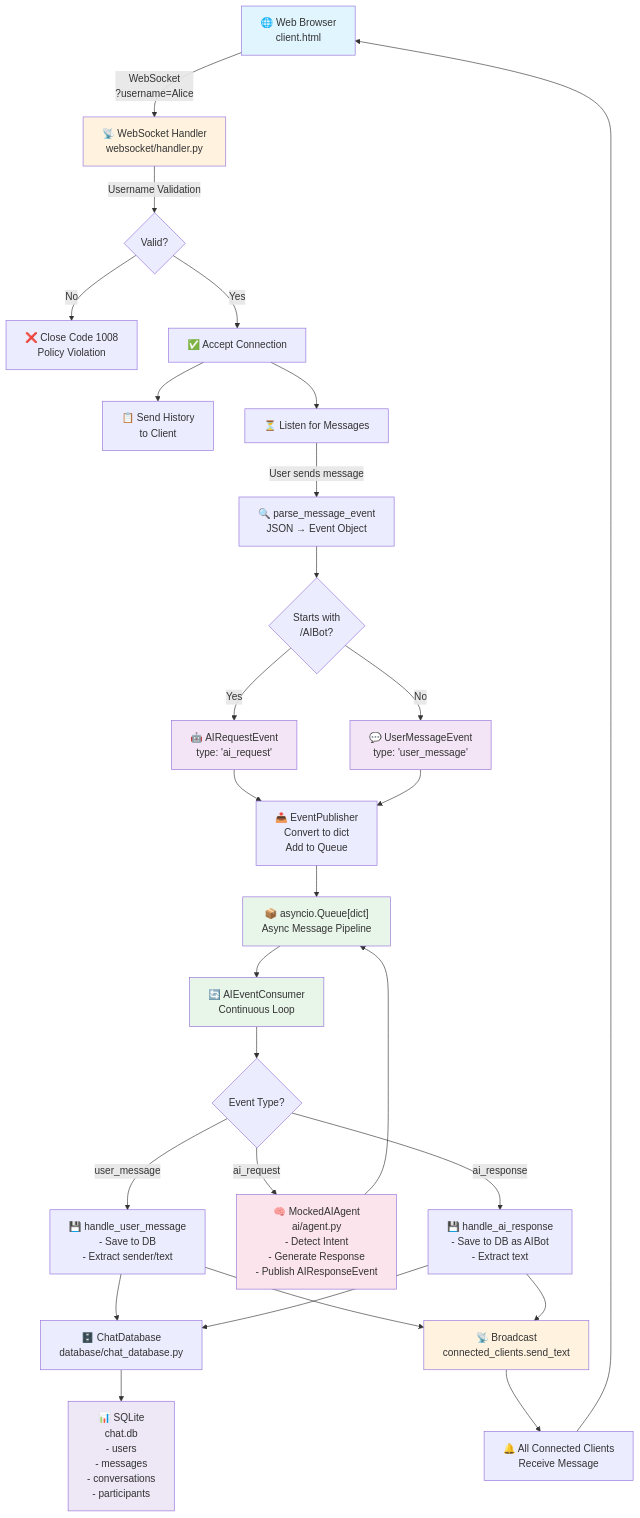
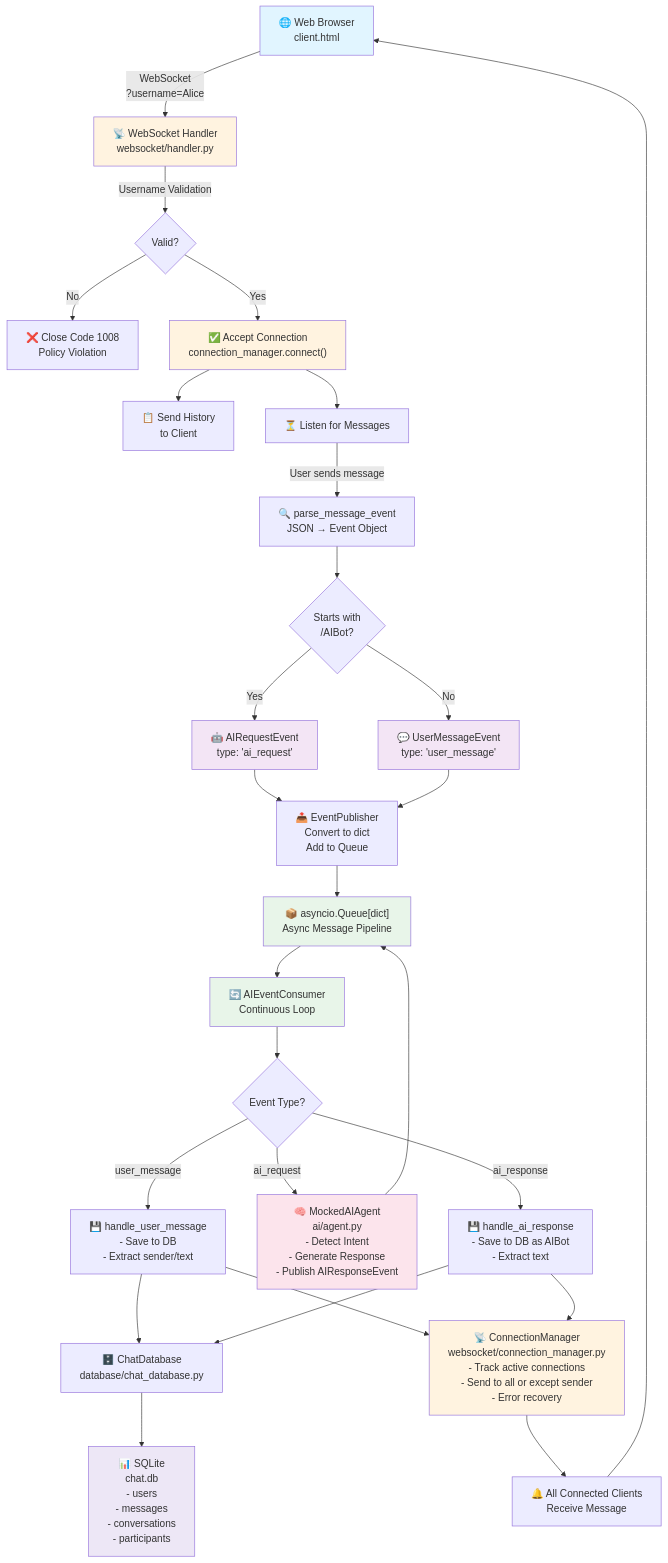
One commit to RogelioLozano/co-counsel-challenge changed the first of 2 diagrams in README.md. Above: the diagram before and after it, drawn with Mermaid. The commit also changed other lines of this file and 4 other files, not shown here.

Commit message:
Implement ConnectionManager for WebSocket lifecycle and broadcasting; refactor related components

````diff
--- a/README.md
+++ b/README.md
@@ -122,52 +124,53 @@
 ```mermaid
 graph TD
     A["🌐 Web Browser<br/>client.html"] -->|WebSocket<br/>?username=Alice| B["📡 WebSocket Handler<br/>websocket/handler.py"]
     
     B -->|Username Validation| C{"Valid?"}
     C -->|No| D["❌ Close Code 1008<br/>Policy Violation"]
-    C -->|Yes| E["✅ Accept Connection"]
+    C -->|Yes| E["✅ Accept Connection<br/>connection_manager.connect()"]
     
     E --> F["📋 Send History<br/>to Client"]
     E --> G["⏳ Listen for Messages"]
     
     G -->|User sends message| H["🔍 parse_message_event<br/>JSON → Event Object"]
     
     H --> I{"Starts with<br/>/AIBot?"}
     I -->|Yes| J["🤖 AIRequestEvent<br/>type: 'ai_request'"]
     I -->|No| K["💬 UserMessageEvent<br/>type: 'user_message'"]
     
     J --> L["📤 EventPublisher<br/>Convert to dict<br/>Add to Queue"]
     K --> L
     
     L --> M["📦 asyncio.Queue[dict]<br/>Async Message Pipeline"]
     
     M --> N["🔄 AIEventConsumer<br/>Continuous Loop"]
     
     N --> O{"Event Type?"}
     
     O -->|user_message| P["💾 handle_user_message<br/>- Save to DB<br/>- Extract sender/text"]
     O -->|ai_request| Q["🧠 MockedAIAgent<br/>ai/agent.py<br/>- Detect Intent<br/>- Generate Response<br/>- Publish AIResponseEvent"]
     O -->|ai_response| R["💾 handle_ai_response<br/>- Save to DB as AIBot<br/>- Extract text"]
     
     P --> S["🗄️ ChatDatabase<br/>database/chat_database.py"]
     Q --> M
     R --> S
     
     S --> T["📊 SQLite<br/>chat.db<br/>- users<br/>- messages<br/>- conversations<br/>- participants"]
     
-    P --> U["📡 Broadcast<br/>connected_clients.send_text"]
+    P --> U["📡 ConnectionManager<br/>Broadcast to all clients<br/>except sender"]
     R --> U
     
-    U --> V["🔔 All Connected Clients<br/>Receive Message"]
+    U["📡 ConnectionManager<br/>websocket/connection_manager.py<br/>- Track active connections<br/>- Send to all or except sender<br/>- Error recovery"] --> V["🔔 All Connected Clients<br/>Receive Message"]
     V --> A
     
     style A fill:#e1f5ff
     style B fill:#fff3e0
+    style E fill:#fff3e0
     style J fill:#f3e5f5
     style K fill:#f3e5f5
     style M fill:#e8f5e9
     style N fill:#e8f5e9
     style Q fill:#fce4ec
     style T fill:#ede7f6
     style U fill:#fff3e0
 ```
````
